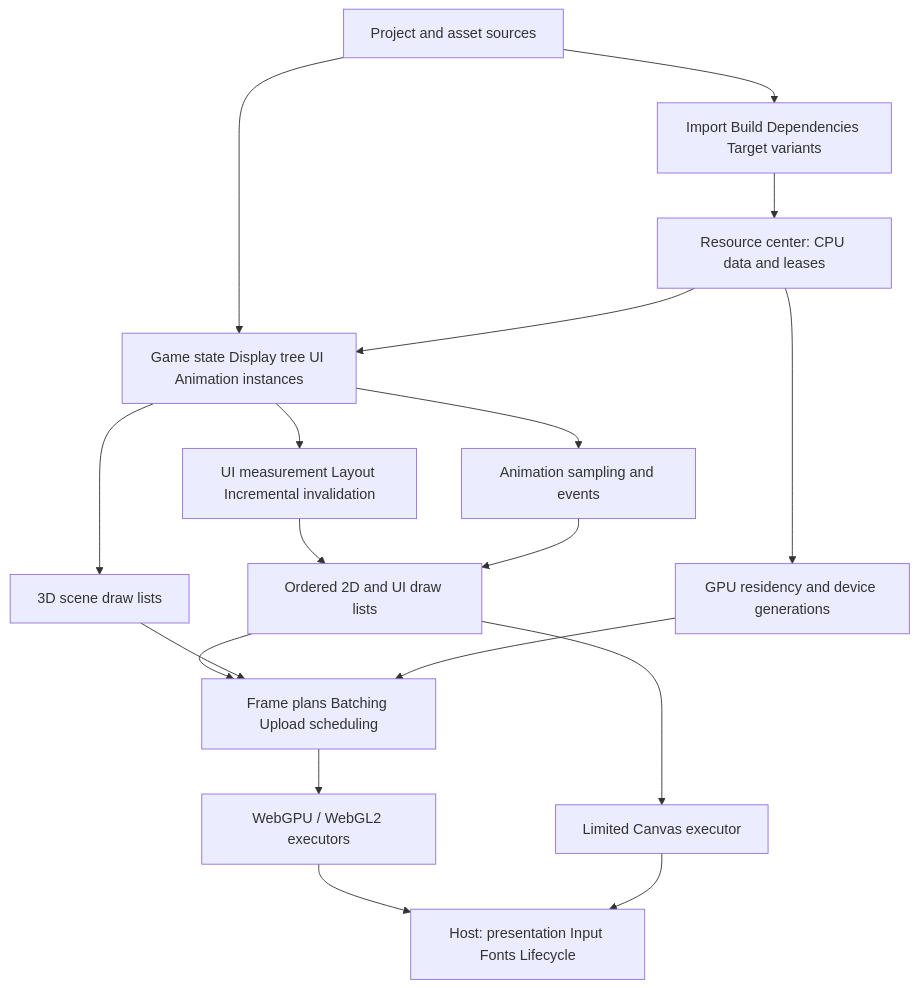
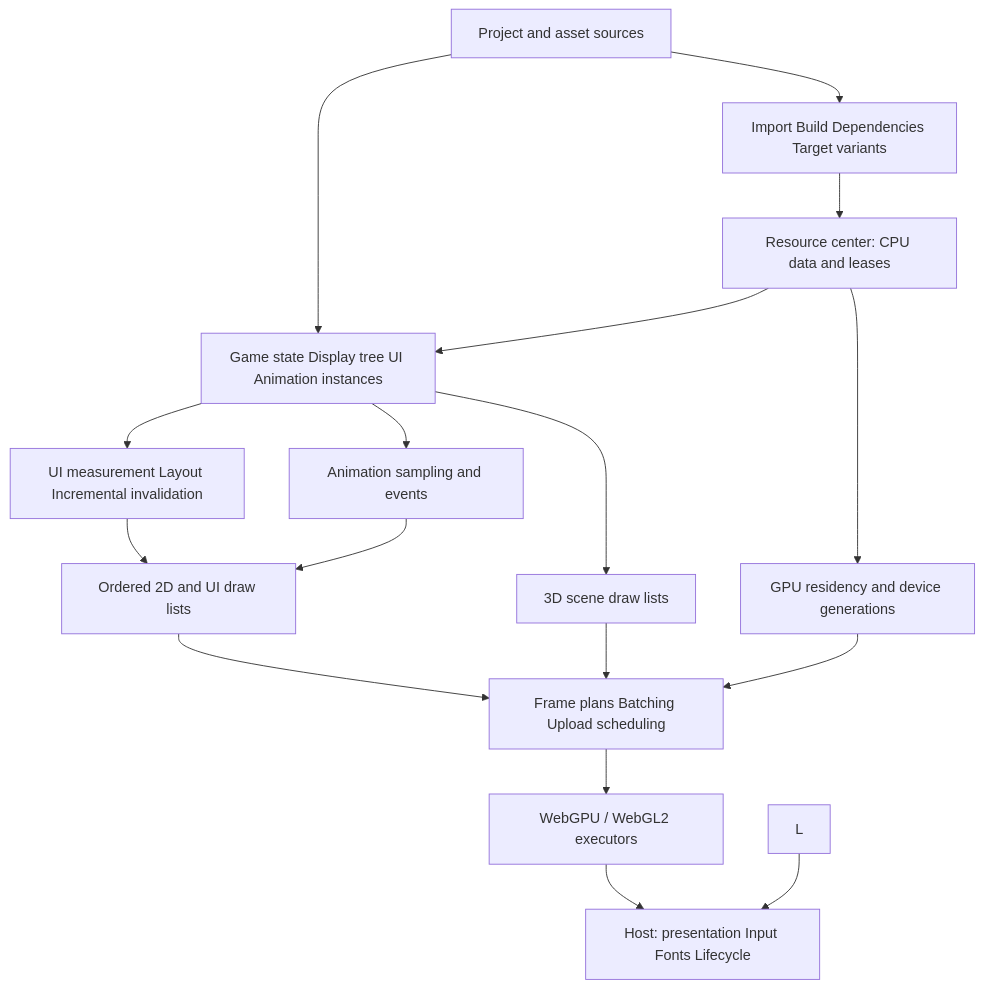
The first of 2 diagrams in knowledge-base/en/docs/architecture-and-engineering-plan.md (cnedwin/Egret_rebuild), drawn with Mermaid before and after one commit. The commit also changed other lines of this file and 31 other files, not shown here.

````diff
--- a/knowledge-base/en/docs/architecture-and-engineering-plan.md
+++ b/knowledge-base/en/docs/architecture-and-engineering-plan.md
@@ -43,20 +43,19 @@
 ```mermaid
 flowchart TD
     A[Project and asset sources] --> B[Import Build Dependencies Target variants]
     B --> C[Resource center: CPU data and leases]
     A --> D[Game state Display tree UI Animation instances]
     C --> D
     D --> E[UI measurement Layout Incremental invalidation]
     D --> F[Animation sampling and events]
     E --> G[Ordered 2D and UI draw lists]
     F --> G
     D --> H[3D scene draw lists]
     G --> I[Frame plans Batching Upload scheduling]
     H --> I
     C --> J[GPU residency and device generations]
     J --> I
     I --> K[WebGPU / WebGL2 executors]
-    G --> L[Limited Canvas executor]
     K --> M[Host: presentation Input Fonts Lifecycle]
     L --> M
 ```
````
